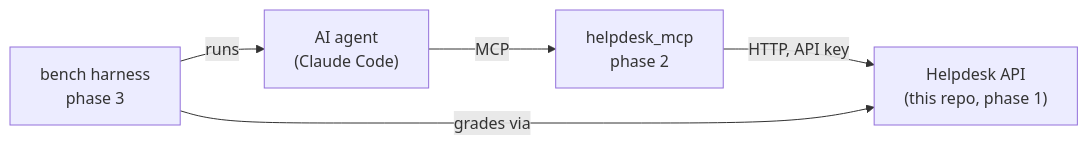
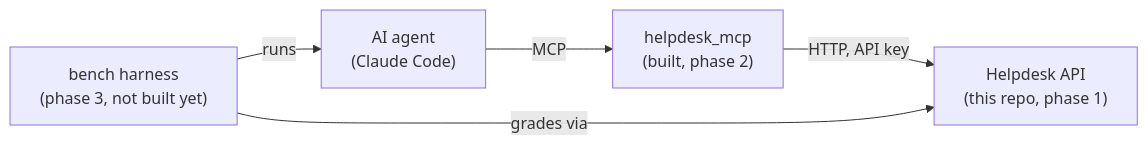
One commit to aayushostwal/mcp-helpdesk-lab changed the fourth of 4 diagrams in docs/architecture.md. Above: the diagram before and after it, drawn with Mermaid. The commit also changed other lines of this file and 5 other files, not shown here.

````diff
--- a/docs/architecture.md
+++ b/docs/architecture.md
@@ -127,7 +127,7 @@
 ```mermaid
 flowchart LR
-    agent["AI agent<br/>(Claude Code)"] -->|MCP| mcp["helpdesk_mcp<br/>phase 2"]
+    agent["AI agent<br/>(Claude Code)"] -->|MCP| mcp["helpdesk_mcp<br/>(built, phase 2)"]
     mcp -->|HTTP, API key| api["Helpdesk API<br/>(this repo, phase 1)"]
-    bench["bench harness<br/>phase 3"] -->|runs| agent
+    bench["bench harness<br/>(phase 3, not built yet)"] -->|runs| agent
     bench -->|grades via| api
 ```
````
